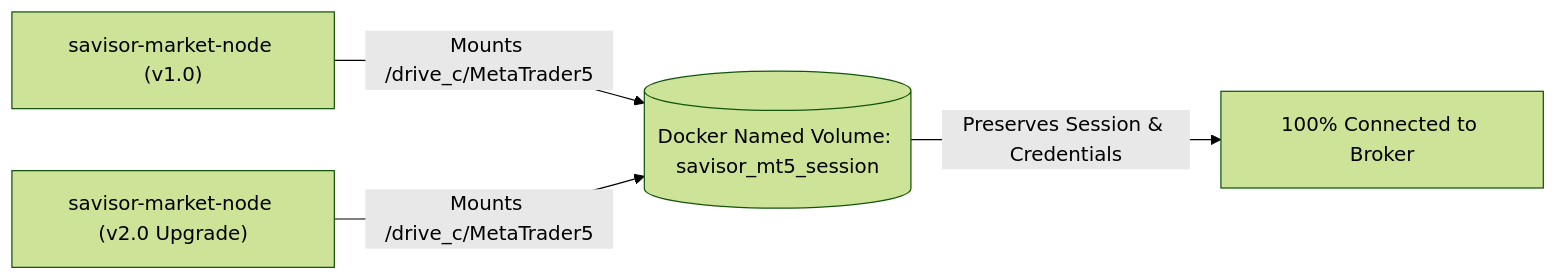
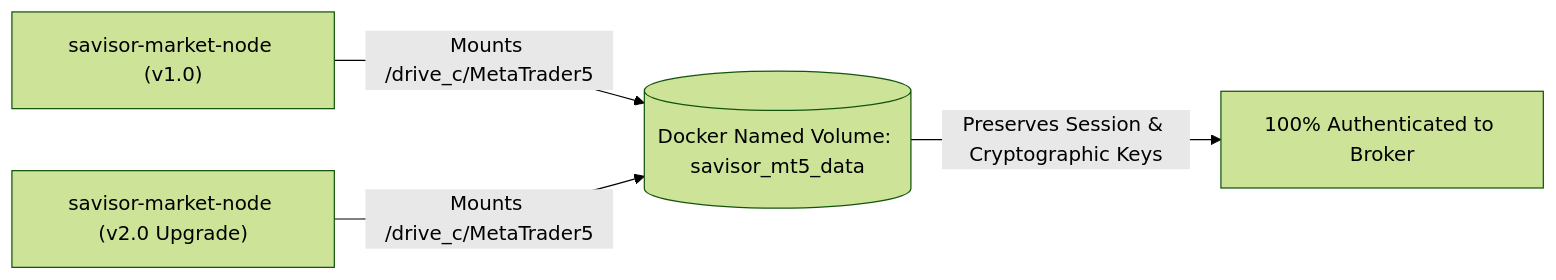
The second of 2 diagrams in apps/market-gateway/docs/authentication_persistence.md (devffex/MetaBridge5), drawn with Mermaid (forest theme) before and after one commit. The commit also changed other lines of this file and 7 other files, not shown here.

Commit message:
docs: modularize market-gateway documentation into docs/ directory and focus authentication guide on Docker Named Volumes

````diff
--- a/apps/market-gateway/docs/authentication_persistence.md
+++ b/apps/market-gateway/docs/authentication_persistence.md
@@ -116,6 +49,6 @@
 ```mermaid
 flowchart LR
-    ContainerV1["savisor-market-node (v1.0)"] -->|"Mounts /drive_c/MetaTrader5"| Volume[("Docker Named Volume: savisor_mt5_session")]
+    ContainerV1["savisor-market-node (v1.0)"] -->|"Mounts /drive_c/MetaTrader5"| Volume[("Docker Named Volume: savisor_mt5_data")]
     ContainerV2["savisor-market-node (v2.0 Upgrade)"] -->|"Mounts /drive_c/MetaTrader5"| Volume
-    Volume -->|"Preserves Session & Credentials"| Connected["100% Connected to Broker"]
+    Volume -->|"Preserves Session & Cryptographic Keys"| Connected["100% Authenticated to Broker"]
 ```
````
